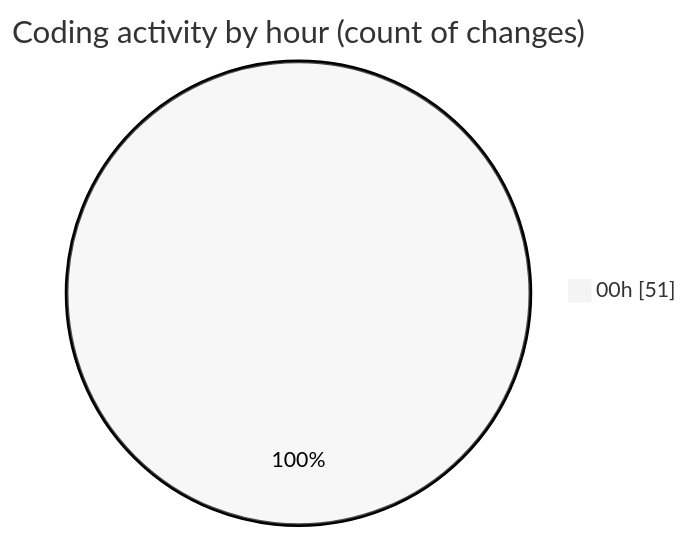
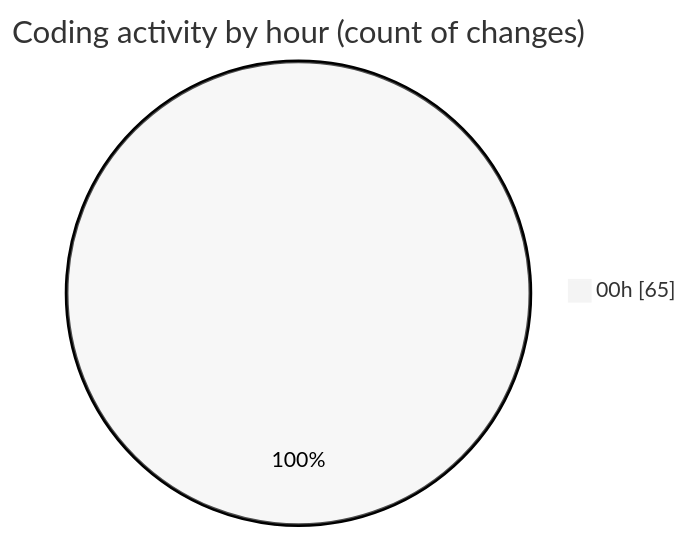
The second of 2 diagrams in 2025-08-16/rentotp/README.md (lephambinh05/code-tracking), drawn with Mermaid (neutral theme) before and after one commit. The commit also changed other lines of this file and 1 other file, not shown here.

````diff
--- a/2025-08-16/rentotp/README.md
+++ b/2025-08-16/rentotp/README.md
@@ -42,5 +42,5 @@
 ```mermaid
 pie showData
 title Coding activity by hour (count of changes)
-"00h" : 51
+"00h" : 65
 ```
````
